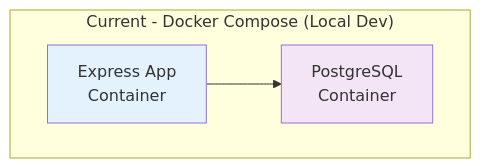
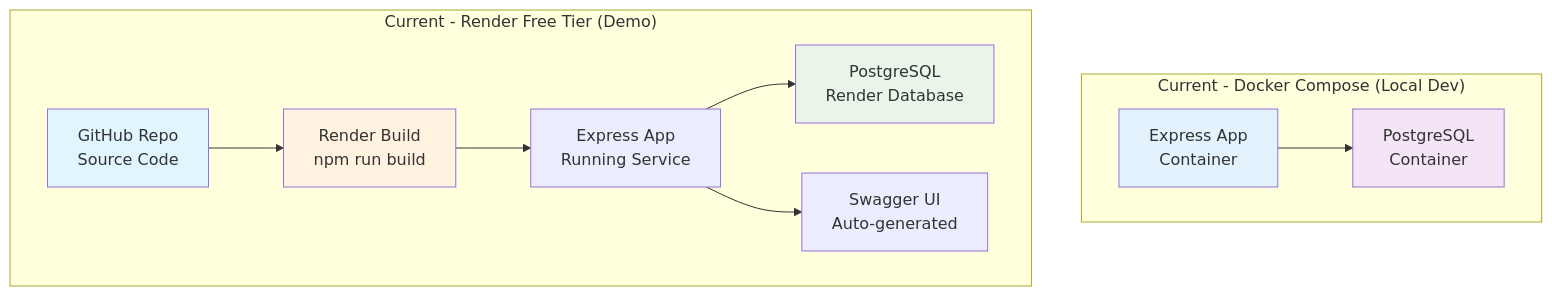
Before and after one commit to pradeepshrestha14/ticket-booking-node-backend: the fifth of 5 diagrams in ARCHITECTURAL_DECISIONS.md, drawn with Mermaid. The commit also changed other lines of this file and 5 other files, not shown here.

````diff
--- a/ARCHITECTURAL_DECISIONS.md
+++ b/ARCHITECTURAL_DECISIONS.md
@@ -176,9 +180,18 @@
 ```mermaid
 graph TB
     subgraph "Current - Docker Compose (Local Dev)"
         A[Express App<br/>Container] --> B[PostgreSQL<br/>Container]
     end
 
+    subgraph "Current - Render Free Tier (Demo)"
+        F[GitHub Repo<br/>Source Code] --> C[Render Build<br/>npm run build]
+        C --> G[Express App<br/>Running Service] --> D[PostgreSQL<br/>Render Database]
+        G --> E[Swagger UI<br/>Auto-generated]
+    end
+
     style A fill:#e3f2fd
     style B fill:#f3e5f5
+    style C fill:#fff3e0
+    style D fill:#e8f5e8
+    style F fill:#e1f5fe
 ```
````
